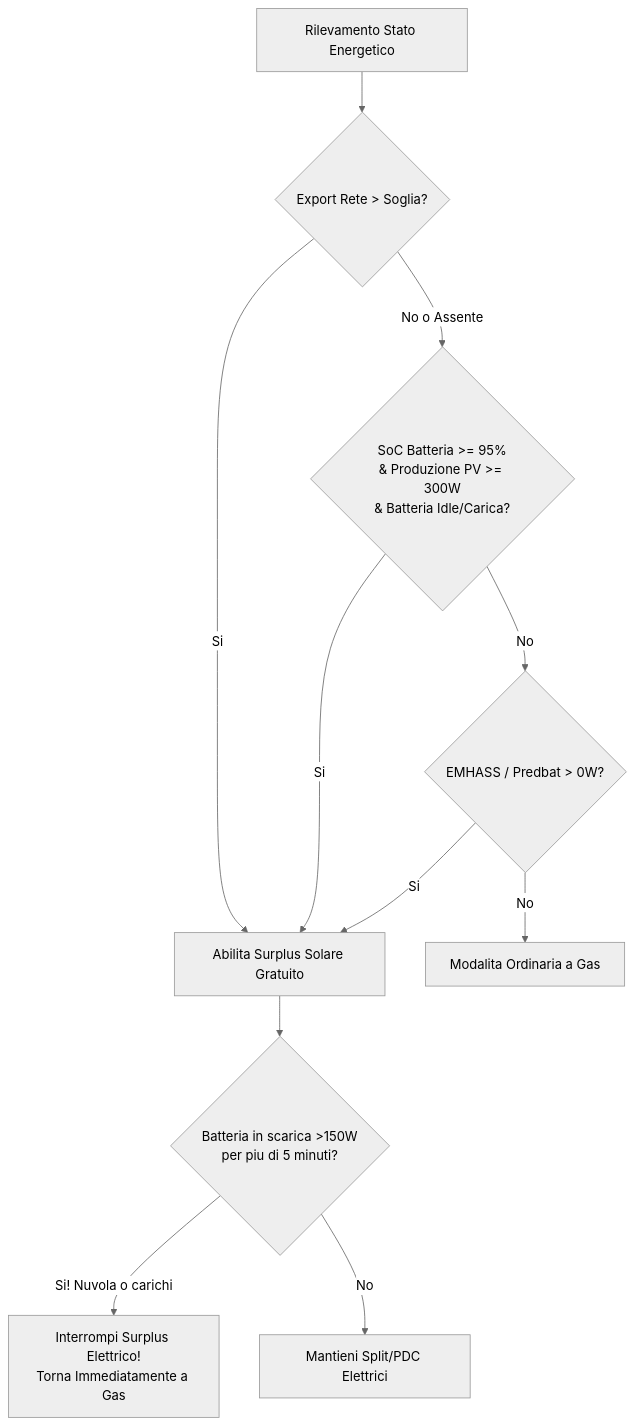
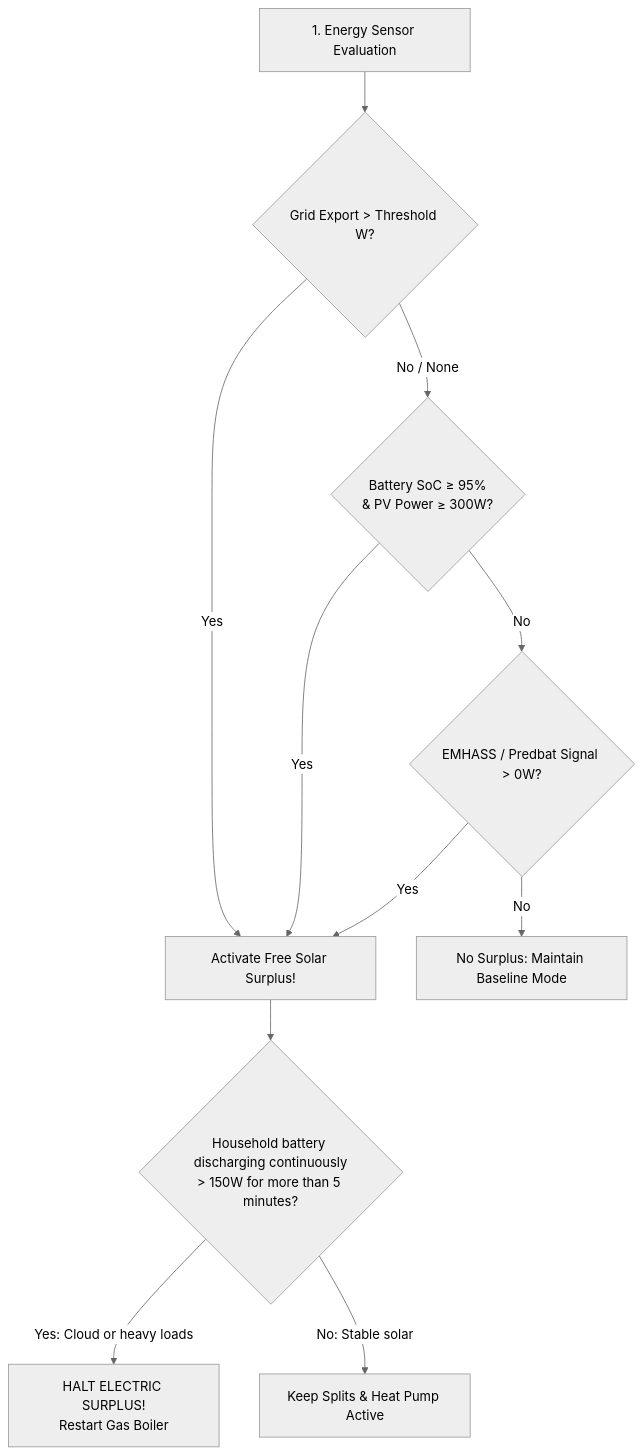
One commit to alex-military/multizone-thermostat changed the second of 2 diagrams in docs/wiki/hybrid_energy.md. Above: the diagram before and after it, drawn with Mermaid (neutral theme). The commit also changed other lines of this file and 43 other files, not shown here.

````diff
--- a/docs/wiki/hybrid_energy.md
+++ b/docs/wiki/hybrid_energy.md
@@ -36,13 +55,14 @@
 ```mermaid
 flowchart TD
-    Inizio["Rilevamento Stato Energetico"] --> CheckGrid{"Export Rete > Soglia?"}
-    CheckGrid -->|Si| TriggerSurplus["Abilita Surplus Solare Gratuito"]
-    CheckGrid -->|No o Assente| CheckOffGrid{"SoC Batteria >= 95%<br>& Produzione PV >= 300W<br>& Batteria Idle/Carica?"}
-    CheckOffGrid -->|Si| TriggerSurplus
-    CheckOffGrid -->|No| CheckEMHASS{"EMHASS / Predbat > 0W?"}
-    CheckEMHASS -->|Si| TriggerSurplus
-    CheckEMHASS -->|No| NormalMode["Modalita Ordinaria a Gas"]
-    TriggerSurplus --> Guard{"Batteria in scarica >150W<br>per piu di 5 minuti?"}
-    Guard -->|"Si! Nuvola o carichi"| FallbackGas["Interrompi Surplus Elettrico!<br>Torna Immediatamente a Gas"]
-    Guard -->|No| MaintainElectric["Mantieni Split/PDC Elettrici"]
+    V1["1. Energy Sensor Evaluation"] --> V2{"Grid Export > Threshold W?"}
+    V2 -->|Yes| V3["Activate Free Solar Surplus!"]
+    V2 -->|No / None| V4{"Battery SoC ≥ 95%<br>& PV Power ≥ 300W?"}
+    V4 -->|Yes| V3
+    V4 -->|No| V5{"EMHASS / Predbat Signal > 0W?"}
+    V5 -->|Yes| V3
+    V5 -->|No| V6["No Surplus: Maintain Baseline Mode"]
+    
+    V3 --> G1{"Household battery discharging continuously<br>> 150W for more than 5 minutes?"}
+    G1 -->|Yes: Cloud or heavy loads| G2["HALT ELECTRIC SURPLUS!<br>Restart Gas Boiler"]
+    G1 -->|No: Stable solar| G3["Keep Splits & Heat Pump Active"]
 ```
````
